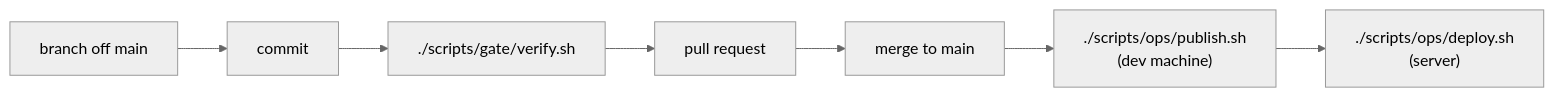
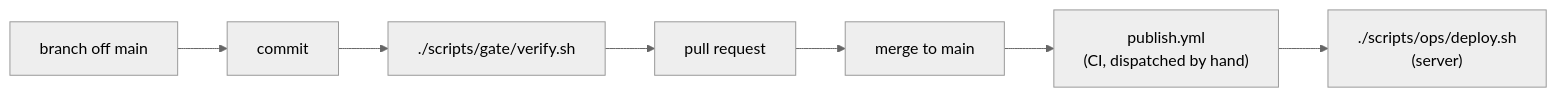
Before and after one commit to felzab/frankfurtleague: the diagram in docs/_git/spec.md, drawn with Mermaid (neutral theme). The commit also changed other lines of this file and 14 other files, not shown here.

````diff
--- a/docs/_git/spec.md
+++ b/docs/_git/spec.md
@@ -23,9 +23,9 @@
 ```mermaid
 graph LR
     b["branch off main"] --> c["commit"]
     c --> v["./scripts/gate/verify.sh"]
     v --> pr["pull request"]
     pr --> m["merge to main"]
-    m --> p["./scripts/ops/publish.sh<br/>(dev machine)"]
+    m --> p["publish.yml<br/>(CI, dispatched by hand)"]
     p --> d["./scripts/ops/deploy.sh<br/>(server)"]
 ```
````
